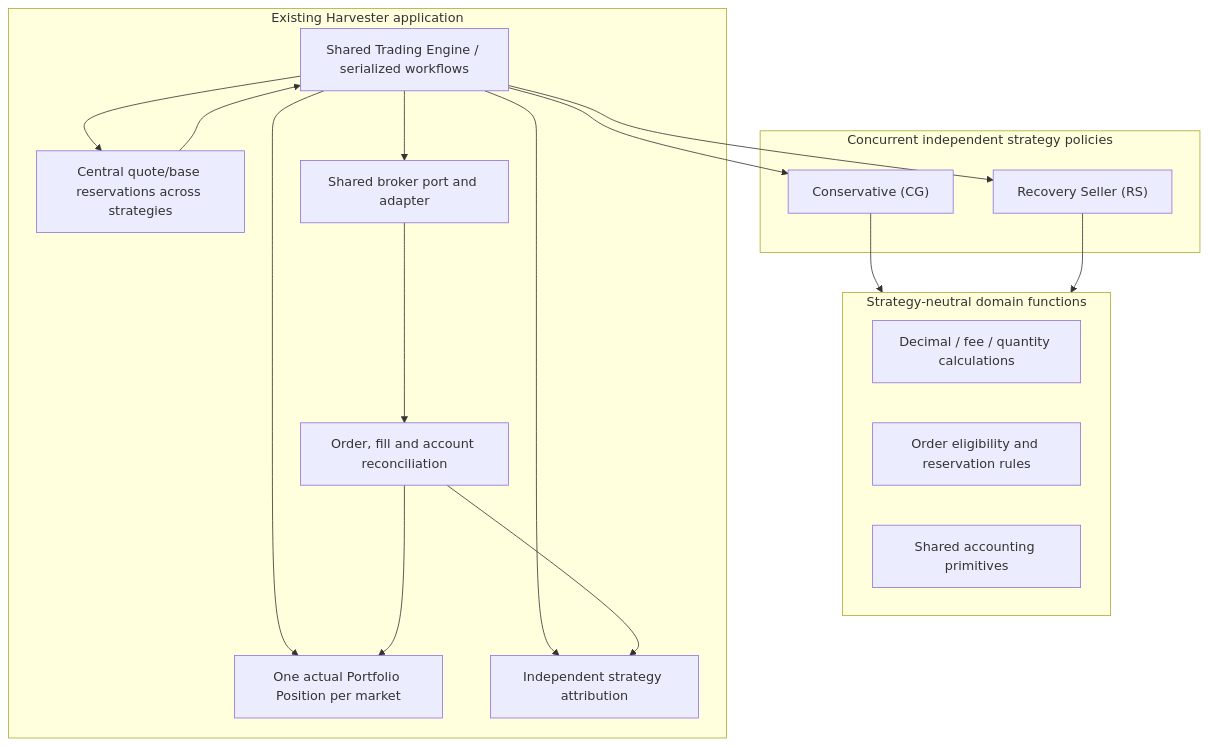
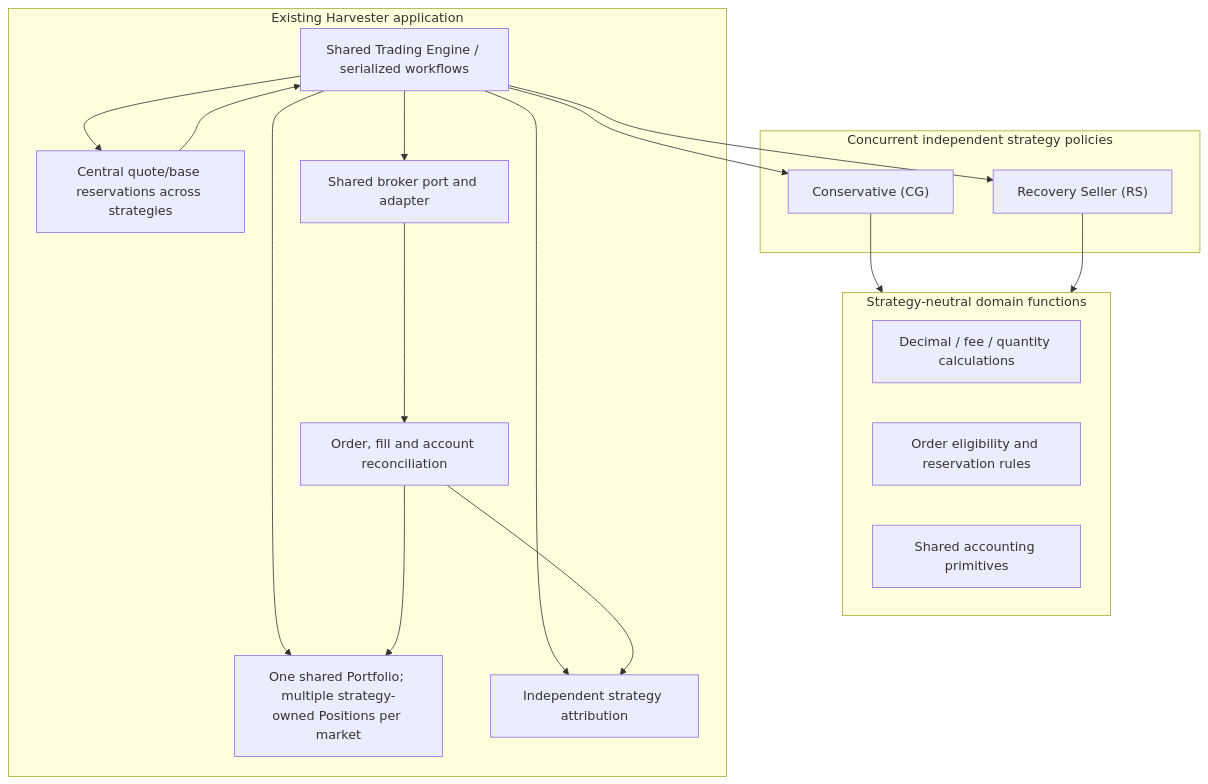
Before and after one commit to 45s/coinzilla: the first of 2 diagrams in apps/harvester/docs/domain/recovery-seller-implementation-roadmap.md, drawn with Mermaid. The commit also changed other lines of this file and 32 other files, not shown here.

Commit message:
feat(harvester): implement strategy-owned multi-position accounting

```diff
--- a/apps/harvester/docs/domain/recovery-seller-implementation-roadmap.md
+++ b/apps/harvester/docs/domain/recovery-seller-implementation-roadmap.md
@@ -226,32 +226,32 @@
 ~~~mermaid
 flowchart TB
   subgraph strategies["Concurrent independent strategy policies"]
     CG["Conservative (CG)"]
     RS["Recovery Seller (RS)"]
   end
   subgraph shared["Strategy-neutral domain functions"]
     CALC["Decimal / fee / quantity calculations"]
     ORDERS["Order eligibility and reservation rules"]
     ACCOUNT["Shared accounting primitives"]
   end
   subgraph app["Existing Harvester application"]
     ENGINE["Shared Trading Engine / serialized workflows"]
-    PORTFOLIO["One actual Portfolio Position per market"]
+    PORTFOLIO["One shared Portfolio; multiple strategy-owned Positions per market"]
     ATTRIBUTION["Independent strategy attribution"]
     RESERVATIONS["Central quote/base reservations across strategies"]
     BROKER["Shared broker port and adapter"]
     RECON["Order, fill and account reconciliation"]
   end
   CG --> shared
   RS --> shared
   ENGINE --> CG
   ENGINE --> RS
   ENGINE --> PORTFOLIO
   ENGINE --> ATTRIBUTION
   ENGINE --> RESERVATIONS
   ENGINE --> BROKER
   BROKER --> RECON
   RECON --> PORTFOLIO
   RECON --> ATTRIBUTION
   RESERVATIONS --> ENGINE
 ~~~
```
